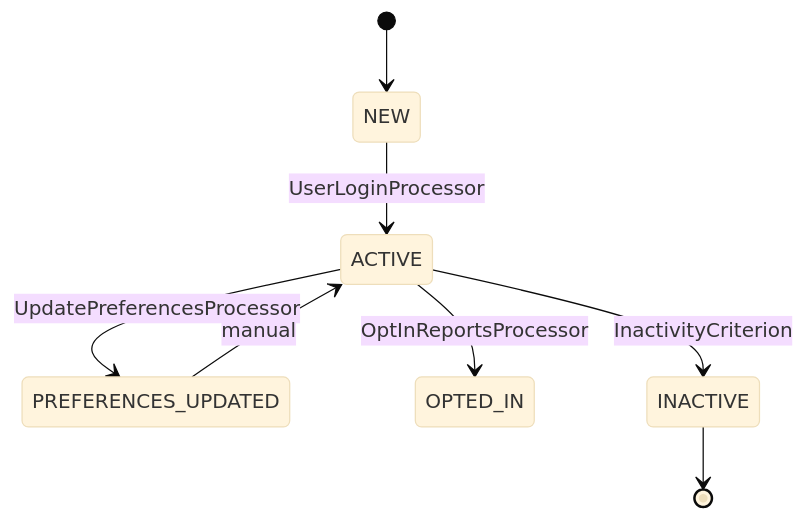
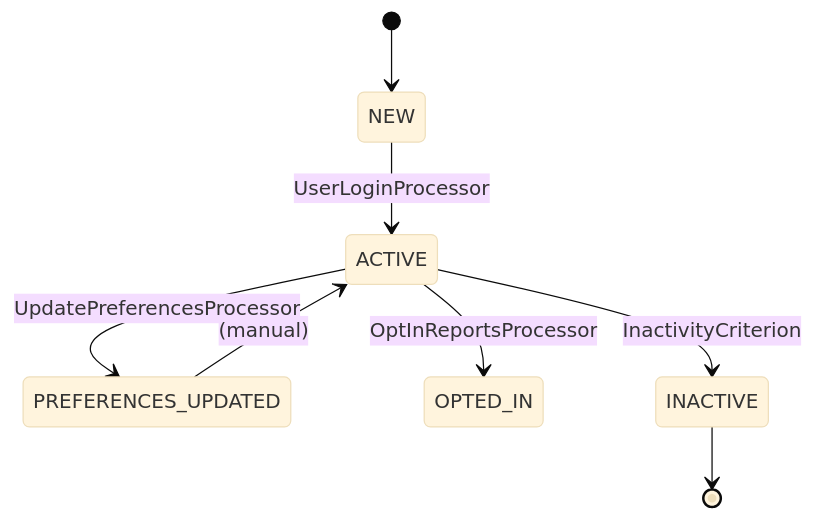
Before and after one commit to Cyoda-platform/java-client-template: the third of 4 diagrams in src/main/java/com/java_template/prototype/functional_requirement.md, drawn with Mermaid (base theme). The commit also changed other lines of this file, not shown here.

````diff
--- a/src/main/java/com/java_template/prototype/functional_requirement.md
+++ b/src/main/java/com/java_template/prototype/functional_requirement.md
@@ -105,10 +152,10 @@
 ```mermaid
 stateDiagram-v2
     [*] --> NEW
     NEW --> ACTIVE : UserLoginProcessor
     ACTIVE --> PREFERENCES_UPDATED : UpdatePreferencesProcessor
-    PREFERENCES_UPDATED --> ACTIVE : manual
+    PREFERENCES_UPDATED --> ACTIVE : (manual)
     ACTIVE --> OPTED_IN : OptInReportsProcessor
     ACTIVE --> INACTIVE : InactivityCriterion
     INACTIVE --> [*]
 ```
````
